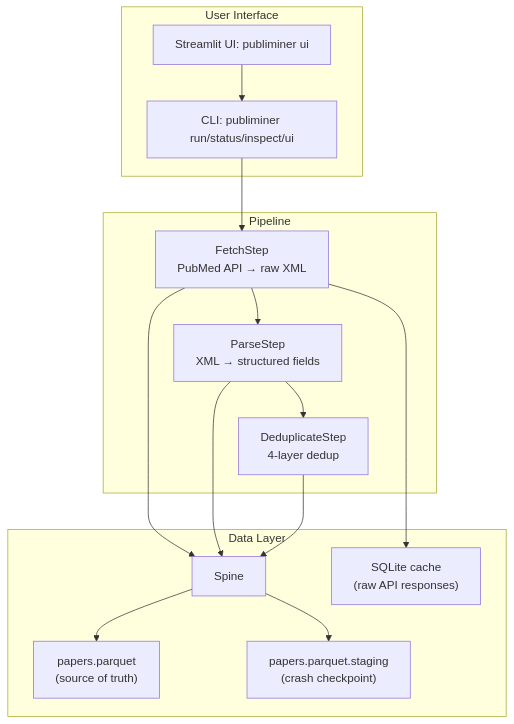
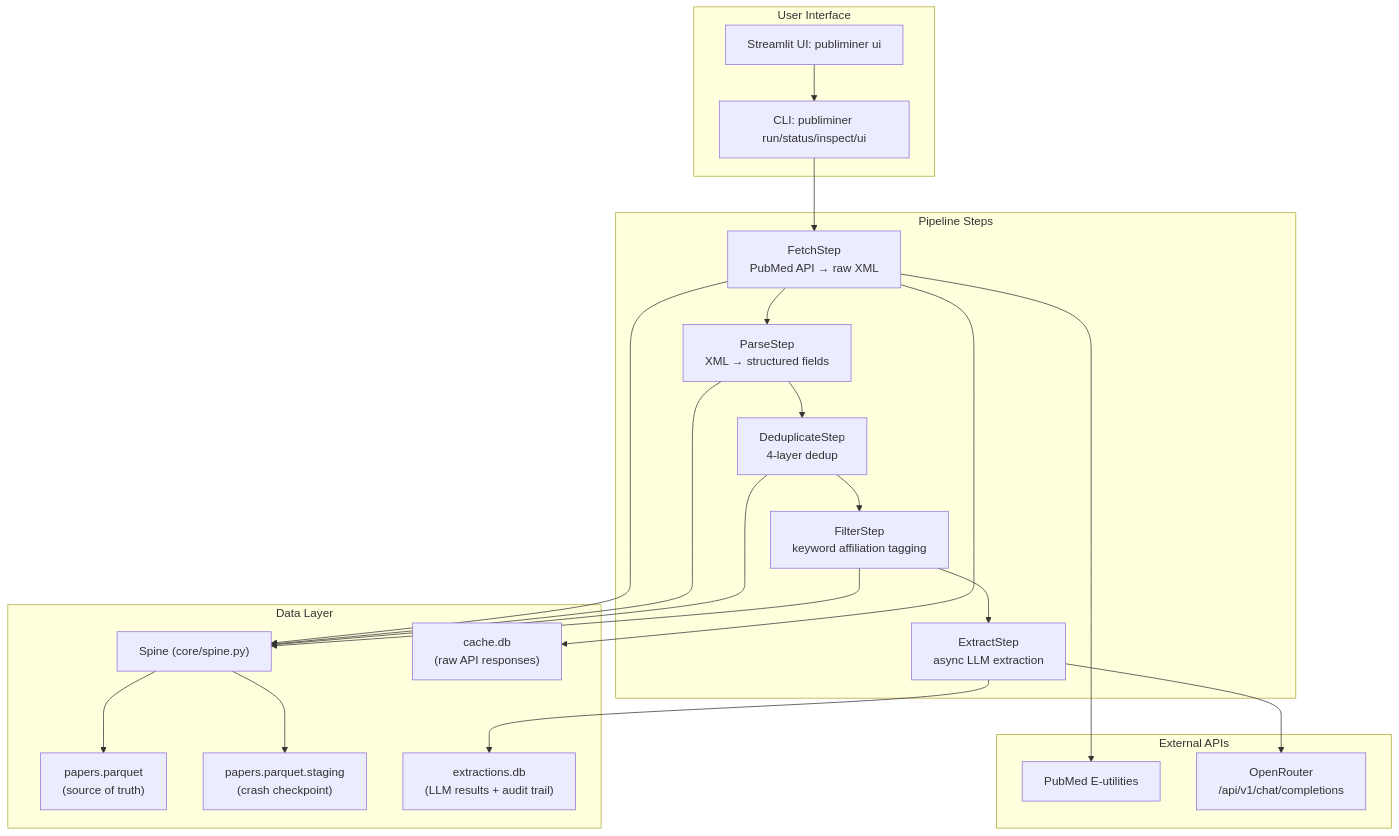
One commit to Sdamirsa/PubLiMiner changed the second of 2 diagrams in README.md. Above: the diagram before and after it, drawn with Mermaid. The commit also changed other lines of this file and 40 other files, not shown here.

Commit message:
extract step added and tested (+cardiac_ct and cardiac_mri project tested)

````diff
--- a/README.md
+++ b/README.md
@@ -39,29 +61,41 @@
 ```mermaid
 graph TB
-    subgraph User Interface
+    subgraph "User Interface"
         CLI["CLI: publiminer run/status/inspect/ui"]
         UI["Streamlit UI: publiminer ui"]
     end
 
-    subgraph Pipeline
-        FETCH["FetchStep<br/>PubMed API → raw XML"]
-        PARSE["ParseStep<br/>XML → structured fields"]
-        DEDUP["DeduplicateStep<br/>4-layer dedup"]
+    subgraph "Pipeline Steps"
+        FETCH["FetchStep\nPubMed API → raw XML"]
+        PARSE["ParseStep\nXML → structured fields"]
+        DEDUP["DeduplicateStep\n4-layer dedup"]
+        FILTER["FilterStep\nkeyword affiliation tagging"]
+        EXTRACT["ExtractStep\nasync LLM extraction"]
     end
 
-    subgraph Data Layer
-        SPINE["Spine"]
-        PARQUET["papers.parquet<br/>(source of truth)"]
-        STAGING["papers.parquet.staging<br/>(crash checkpoint)"]
-        CACHE["SQLite cache<br/>(raw API responses)"]
+    subgraph "Data Layer"
+        SPINE["Spine (core/spine.py)"]
+        PARQUET["papers.parquet\n(source of truth)"]
+        STAGING["papers.parquet.staging\n(crash checkpoint)"]
+        CACHE["cache.db\n(raw API responses)"]
+        EXTDB["extractions.db\n(LLM results + audit trail)"]
     end
 
-    CLI --> FETCH --> PARSE --> DEDUP
+    subgraph "External APIs"
+        PUBMED["PubMed E-utilities"]
+        OPENROUTER["OpenRouter\n/api/v1/chat/completions"]
+    end
+
     UI --> CLI
+    CLI --> FETCH --> PARSE --> DEDUP --> FILTER --> EXTRACT
     FETCH --> SPINE
     PARSE --> SPINE
     DEDUP --> SPINE
+    FILTER --> SPINE
     SPINE --> PARQUET
     SPINE --> STAGING
     FETCH --> CACHE
+    FETCH --> PUBMED
+    EXTRACT --> EXTDB
+    EXTRACT --> OPENROUTER
 ```
````
